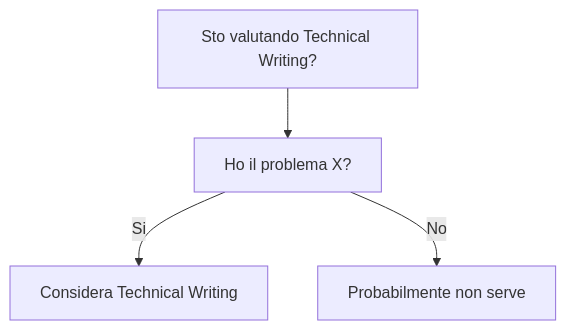
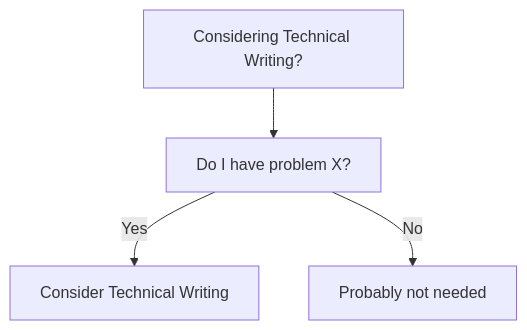
One commit to HxT9/Software-Dev-Wiki changed the diagram in dev-wiki/25_Documentation/Technical_Writing/When_To_Use.md. Above: the diagram before and after it, drawn with Mermaid. The commit also changed other lines of this file and 3444 other files, not shown here.

````diff
--- a/dev-wiki/25_Documentation/Technical_Writing/When_To_Use.md
+++ b/dev-wiki/25_Documentation/Technical_Writing/When_To_Use.md
@@ -19,6 +19,6 @@
 ```mermaid
 flowchart TD
-  Q[Sto valutando Technical Writing?] --> Q1[Ho il problema X?]
-  Q1 -->|Si| OK[Considera Technical Writing]
-  Q1 -->|No| NO[Probabilmente non serve]
+  Q[Considering Technical Writing?] --> Q1[Do I have problem X?]
+  Q1 -->|Yes| OK[Consider Technical Writing]
+  Q1 -->|No| NO[Probably not needed]
 ```
````
